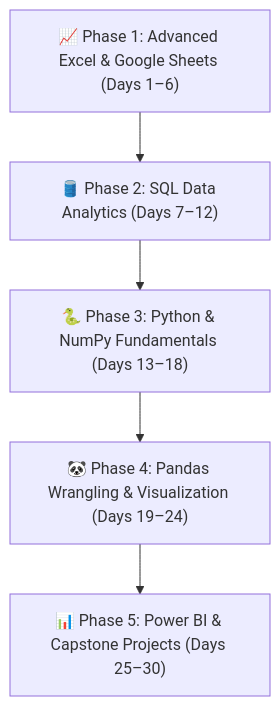
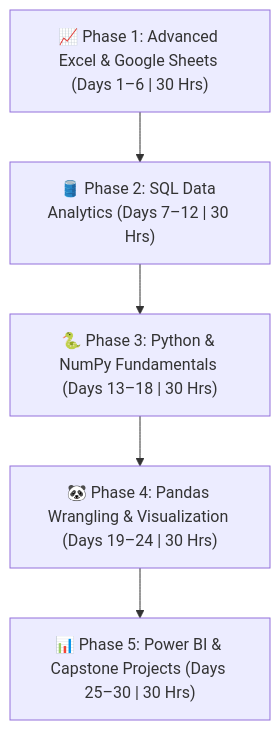
The diagram in README.md (SahilShaikh-py/Advanced-Python-Data-Science-), drawn with Mermaid before and after one commit. The commit also changed other lines of this file and 2 other files, not shown here.

````diff
--- a/README.md
+++ b/README.md
@@ -16,7 +16,7 @@
 ```mermaid
 flowchart TD
-    A["📈 Phase 1: Advanced Excel & Google Sheets (Days 1–6)"] --> B["🛢️ Phase 2: SQL Data Analytics (Days 7–12)"]
-    B --> C["🐍 Phase 3: Python & NumPy Fundamentals (Days 13–18)"]
-    C --> D["🐼 Phase 4: Pandas Wrangling & Visualization (Days 19–24)"]
-    D --> E["📊 Phase 5: Power BI & Capstone Projects (Days 25–30)"]
+    A["📈 Phase 1: Advanced Excel & Google Sheets (Days 1–6 | 30 Hrs)"] --> B["🛢️ Phase 2: SQL Data Analytics (Days 7–12 | 30 Hrs)"]
+    B --> C["🐍 Phase 3: Python & NumPy Fundamentals (Days 13–18 | 30 Hrs)"]
+    C --> D["🐼 Phase 4: Pandas Wrangling & Visualization (Days 19–24 | 30 Hrs)"]
+    D --> E["📊 Phase 5: Power BI & Capstone Projects (Days 25–30 | 30 Hrs)"]
 ```
````
